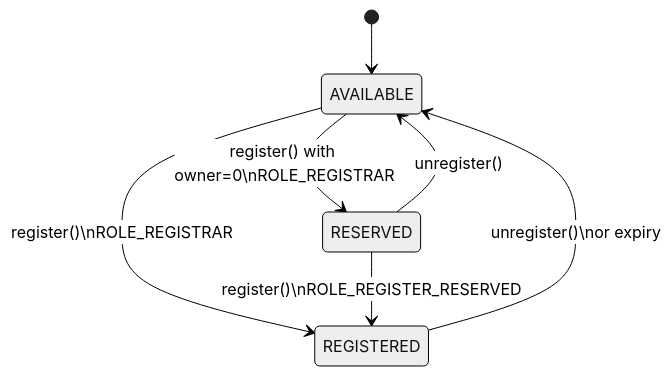
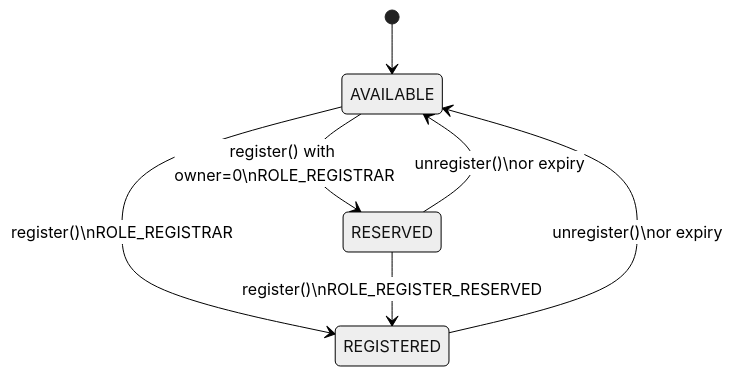
Before and after one commit to ensdomains/docs: the diagram in src/pages/contracts/ensv2/permissioned-registry.mdx, drawn with Mermaid (neutral theme). The commit also changed other lines of this file, not shown here.

````diff
--- a/src/pages/contracts/ensv2/permissioned-registry.mdx
+++ b/src/pages/contracts/ensv2/permissioned-registry.mdx
@@ -28,9 +26,9 @@
 ```mermaid
 stateDiagram-v2
     [*] --> AVAILABLE
     AVAILABLE --> REGISTERED: register()\nROLE_REGISTRAR
     AVAILABLE --> RESERVED: register() with owner=0\nROLE_REGISTRAR
     RESERVED --> REGISTERED: register()\nROLE_REGISTER_RESERVED
     REGISTERED --> AVAILABLE: unregister()\nor expiry
-    RESERVED --> AVAILABLE: unregister()
+    RESERVED --> AVAILABLE: unregister()\nor expiry
 ```
````
